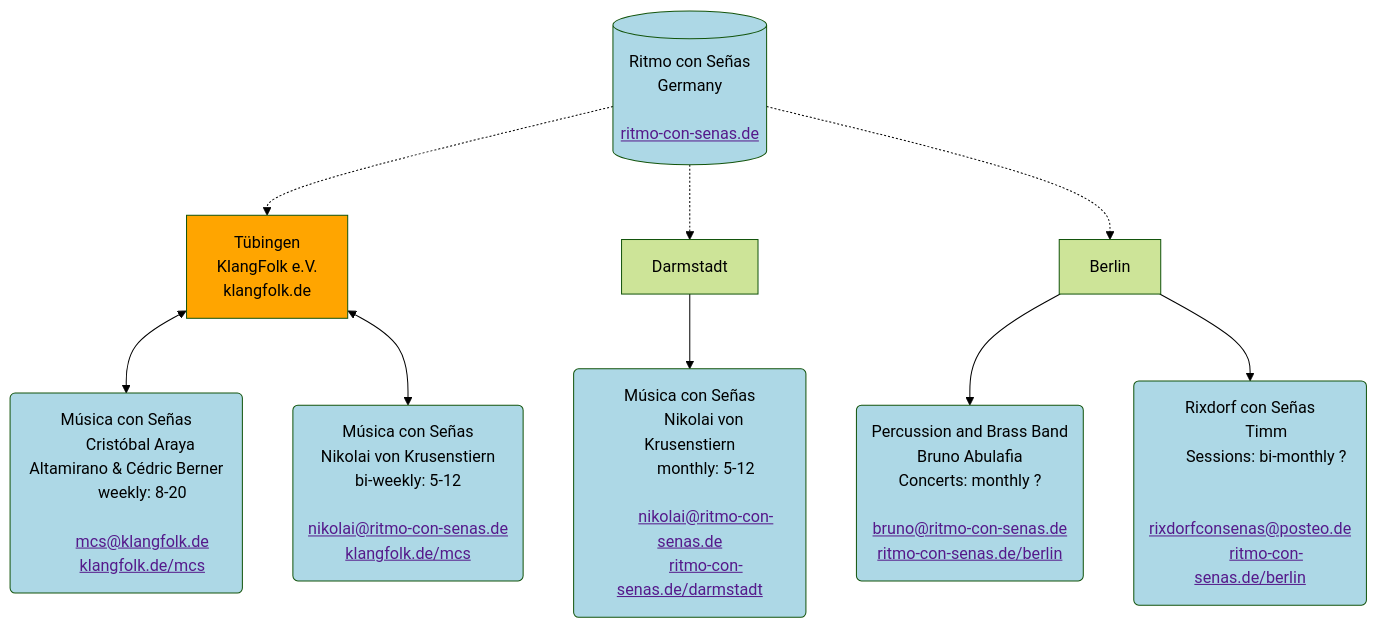
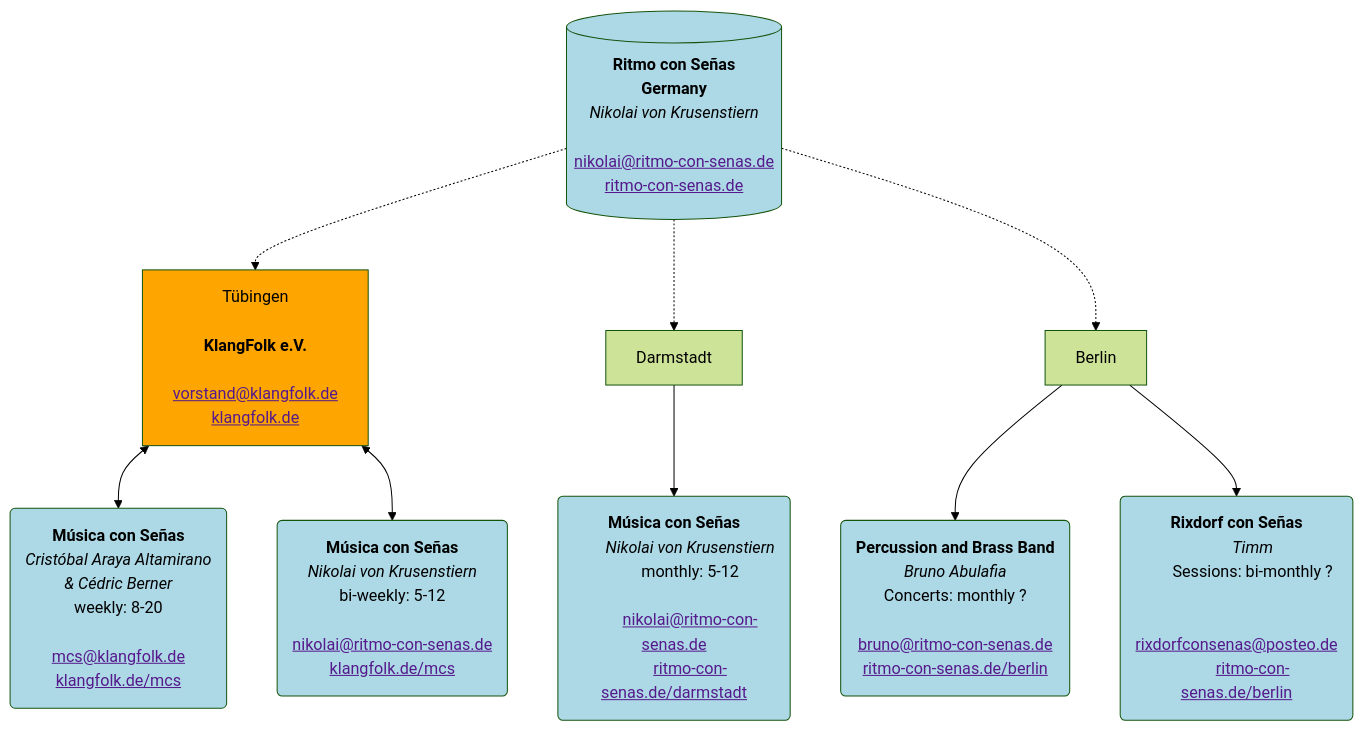
One commit to Ritmo-con-Senas/orgcharts changed the first of 2 diagrams in README.md. Above: the diagram before and after it, drawn with Mermaid.

Commit message:
add links

````diff
--- a/README.md
+++ b/README.md
@@ -4,66 +4,71 @@
 ```mermaid
 %%{init: {'theme':'forest'}}%%
 flowchart TD
-    rcs[(Ritmo con Señas<br>Germany<br>
+    rcs[(<b>Ritmo con Señas<br>Germany</b>
+    <i>Nikolai von Krusenstiern</i><br>
+    <a href>nikolai@ritmo-con-senas.de</a>
     <a href>ritmo-con-senas.de</a>)]
 
-    TUE[Tübingen<br>KlangFolk e.V.<br>klangfolk.de]
+    TUE[Tübingen<br>
+    <b>KlangFolk e.V.</b><br>
+    <a href>vorstand@klangfolk.de</a>
+    <a href>klangfolk.de</a>]
 
     DA[Darmstadt]
     
     B[Berlin]
 
     rcs -.-> TUE
     rcs -.-> DA
     rcs -.-> B
 
-    TUE_MCS(Música con Señas
-        Cristóbal Araya Altamirano & Cédric Berner
+    TUE_MCS(<b>Música con Señas</b>
+        <i>Cristóbal Araya Altamirano
+        & Cédric Berner</i>
         weekly: 8-20<br>
         <a href>mcs@klangfolk.de</a>
         <a href>klangfolk.de/mcs</a>)
 
-    TUE_MCS_2(Música con Señas
-        Nikolai von Krusenstiern
+    TUE_MCS_2(<b>Música con Señas</b>
+        <i>Nikolai von Krusenstiern</i>
         bi-weekly: 5-12<br>
         <a href>nikolai@ritmo-con-senas.de</a>
         <a href>klangfolk.de/mcs</a>)
     
     TUE <--> TUE_MCS
     TUE <--> TUE_MCS_2
 
-    DA_MCS(Música con Señas
-        Nikolai von Krusenstiern
+    DA_MCS(<b>Música con Señas</b>
+        <i>Nikolai von Krusenstiern</i>
         monthly: 5-12<br>
         <a href>nikolai@ritmo-con-senas.de</a>
         <a href>ritmo-con-senas.de/darmstadt</a>)
 
     DA --> DA_MCS
 
-    B_P(Percussion and Brass Band
-        Bruno Abulafia
+    B_P(<b>Percussion and Brass Band</b>
+        <i>Bruno Abulafia</i>
         Concerts: monthly ?<br>
         <a href>bruno@ritmo-con-senas.de</a>
         <a href>ritmo-con-senas.de/berlin</a>)
 
-    B_R(Rixdorf con Señas
-        Timm
+    B_R(<b>Rixdorf con Señas</b>
+        <i>Timm</i>
         Sessions: bi-monthly ?<br>
         <a href>rixdorfconsenas@posteo.de</a>
         <a href>ritmo-con-senas.de/berlin</a>)
     B --> B_P
     B --> B_R
 
 %%    linkStyle 11 stroke-width:4px,stroke:blue
 
     classDef BLUE fill:lightblue
     classDef YEL fill:yellow
     classDef BLU fill:skyblue
     classDef ORA fill:orange
 
     class rcs,TUE_MCS,TUE_MCS_2,DA_MCS,B_P,B_R BLUE
     class x BLU
     class x YEL
     class TUE ORA
-
 ```
````
